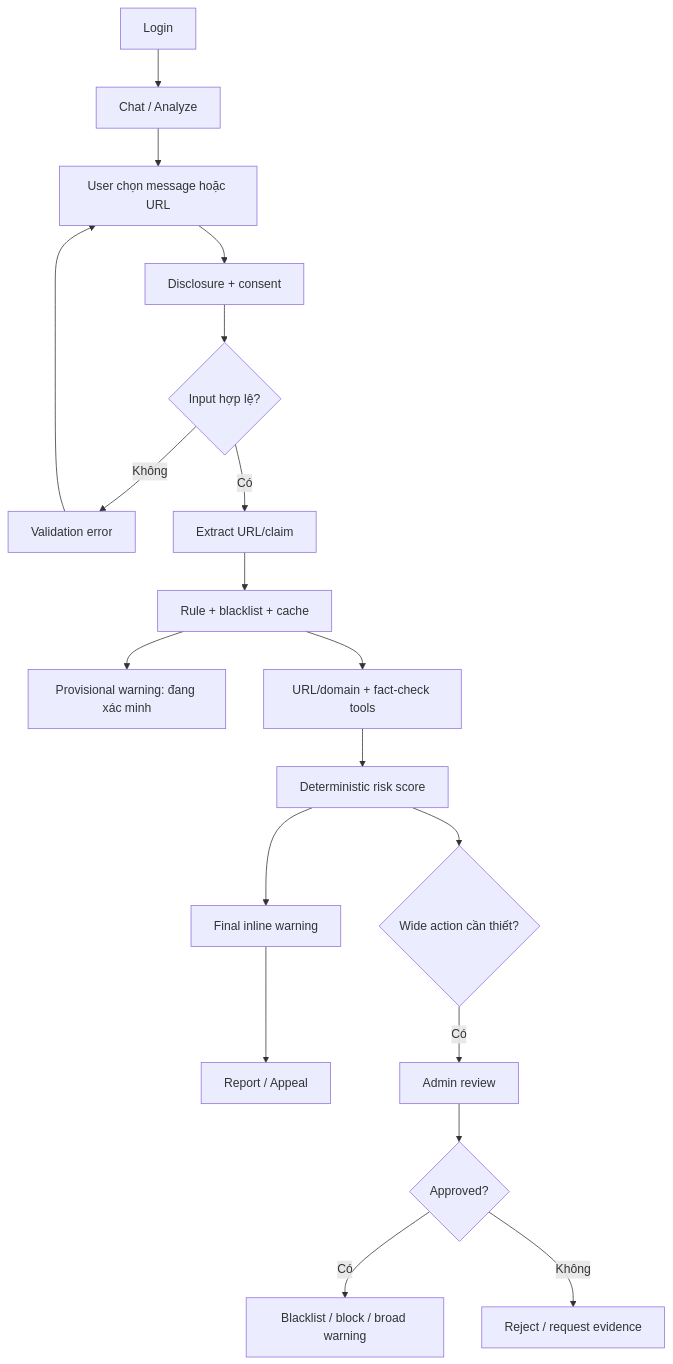
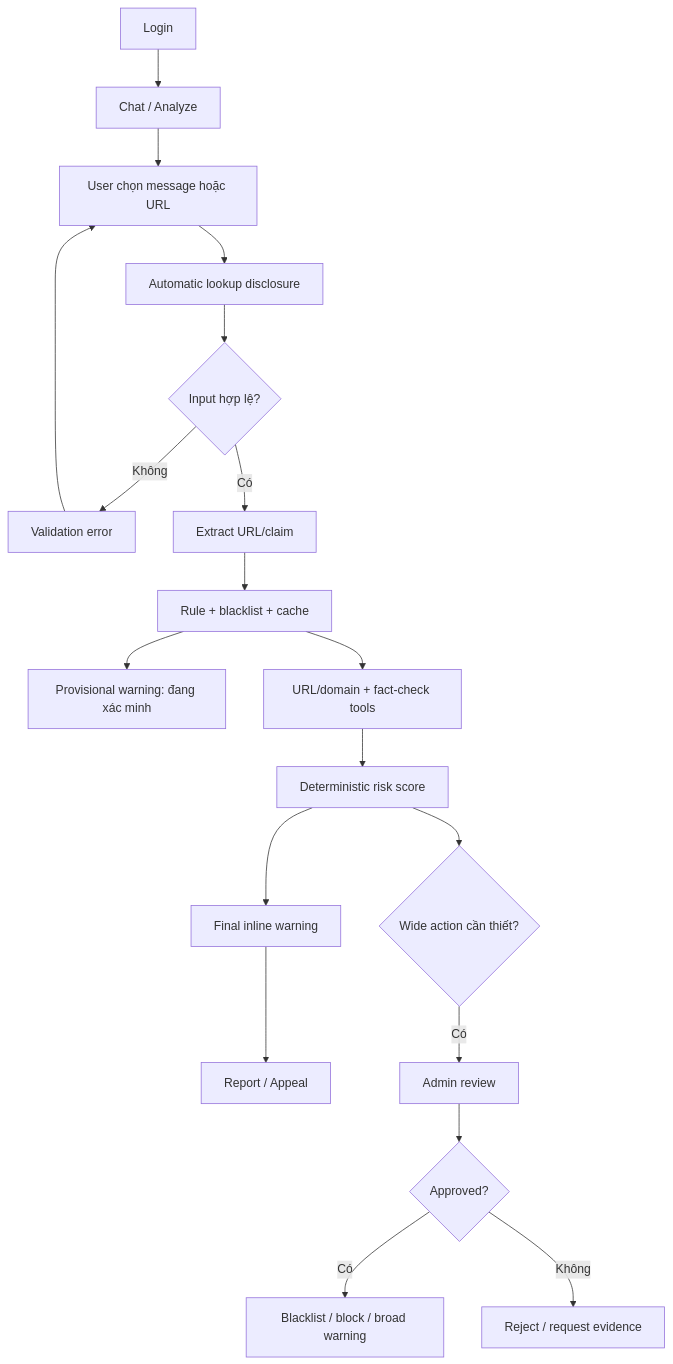
Before and after one commit to Binhdn04/TrustGuard-AI: the diagram in docs/gate1/UI_flow.md, drawn with Mermaid. The commit also changed other lines of this file and 27 other files, not shown here.

````diff
--- a/docs/gate1/UI_flow.md
+++ b/docs/gate1/UI_flow.md
@@ -5,21 +5,21 @@
 ```mermaid
 flowchart TD
     A[Login] --> B[Chat / Analyze]
     B --> C[User chọn message hoặc URL]
-    C --> D[Disclosure + consent]
+    C --> D[Automatic lookup disclosure]
     D --> E{Input hợp lệ?}
     E -->|Không| F[Validation error]
     F --> C
     E -->|Có| G[Extract URL/claim]
     G --> H[Rule + blacklist + cache]
     H --> I[Provisional warning: đang xác minh]
     H --> J[URL/domain + fact-check tools]
     J --> K[Deterministic risk score]
     K --> L[Final inline warning]
     L --> M[Report / Appeal]
     K --> N{Wide action cần thiết?}
     N -->|Có| O[Admin review]
     O --> P{Approved?}
     P -->|Có| Q[Blacklist / block / broad warning]
     P -->|Không| R[Reject / request evidence]
 ```
````
